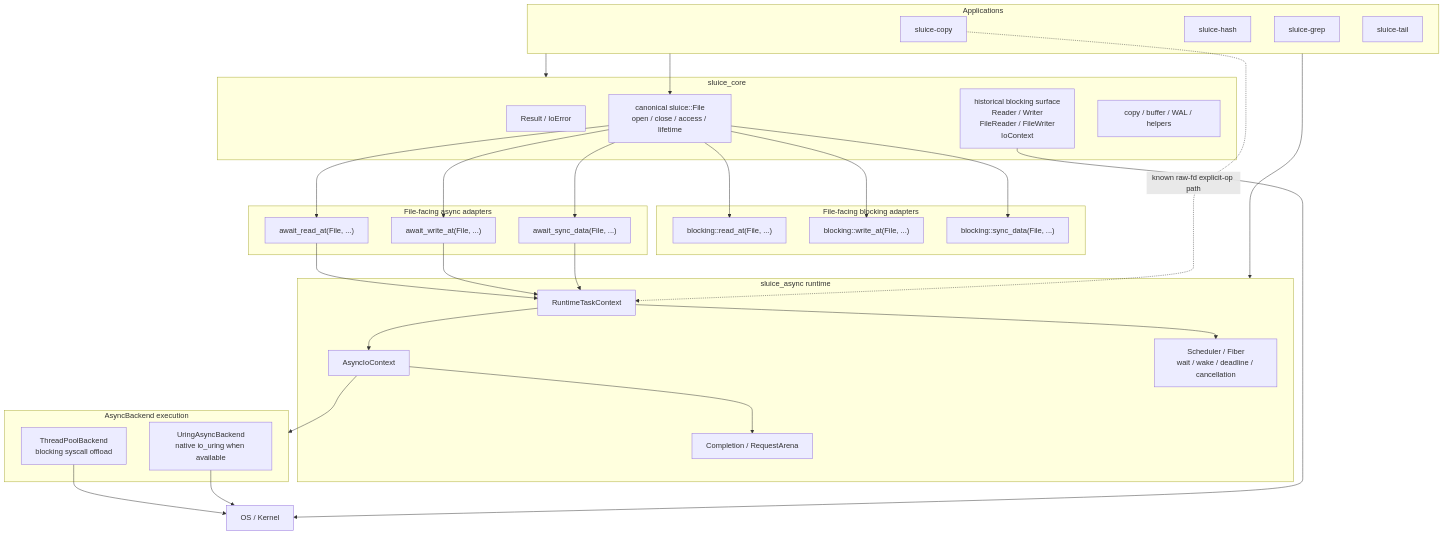
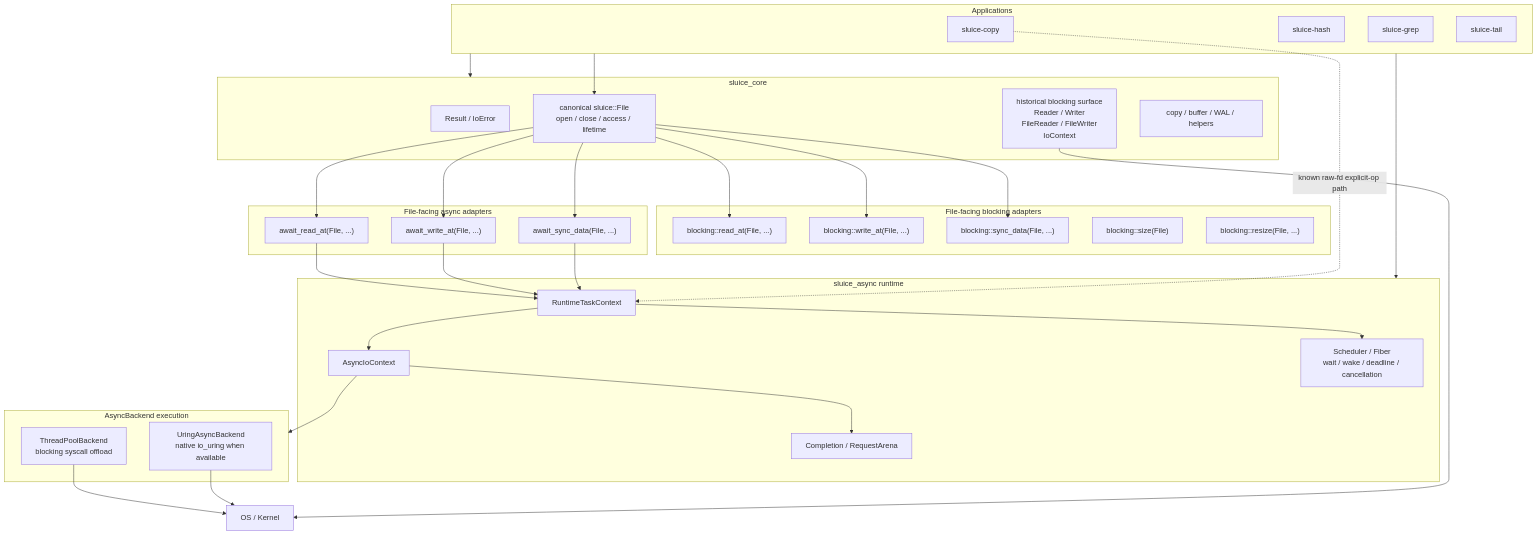
The diagram in docs/architecture.md (jnhu76/Sluice), drawn with Mermaid before and after one commit. The commit also changed other lines of this file and 2 other files, not shown here.

Commit message:
docs: record A3 file-state convergence in roadmap and census

````diff
--- a/docs/architecture.md
+++ b/docs/architecture.md
@@ -50,69 +50,71 @@
 ```mermaid
 flowchart TB
     subgraph APPS["Applications"]
         COPY["sluice-copy"]
         HASH["sluice-hash"]
         GREP["sluice-grep"]
         TAIL["sluice-tail"]
     end
 
     subgraph CORE["sluice_core"]
         RESULT["Result<T> / IoError"]
         FILE["canonical sluice::File<br/>open / close / access / lifetime"]
         LEGACY["historical blocking surface<br/>Reader / Writer<br/>FileReader / FileWriter<br/>IoContext"]
         COMPOSE["copy / buffer / WAL / helpers"]
     end
 
     subgraph BLOCK_API["File-facing blocking adapters"]
         BR["blocking::read_at(File, ...) "]
         BW["blocking::write_at(File, ...) "]
         BS["blocking::sync_data(File, ...) "]
+        BST["blocking::size(File) "]
+        BRS["blocking::resize(File, ...) "]
     end
 
     subgraph ASYNC_API["File-facing async adapters"]
         AR["await_read_at(File, ...) "]
         AW["await_write_at(File, ...) "]
         AS["await_sync_data(File, ...) "]
     end
 
     subgraph RUNTIME["sluice_async runtime"]
         RTC["RuntimeTaskContext"]
         AIO["AsyncIoContext"]
         COMP["Completion<T> / RequestArena"]
         SCHED["Scheduler / Fiber<br/>wait / wake / deadline / cancellation"]
     end
 
     subgraph EXEC["AsyncBackend execution"]
         TP["ThreadPoolBackend<br/>blocking syscall offload"]
         UR["UringAsyncBackend<br/>native io_uring when available"]
     end
 
     OS["OS / Kernel"]
 
     APPS --> CORE
     APPS --> RUNTIME
     APPS --> FILE
 
     FILE --> BR
     FILE --> BW
     FILE --> BS
 
     FILE --> AR
     FILE --> AW
     FILE --> AS
 
     AR --> RTC
     AW --> RTC
     AS --> RTC
 
     RTC --> AIO
     AIO --> COMP
     RTC --> SCHED
     AIO --> EXEC
 
     TP --> OS
     UR --> OS
     LEGACY --> OS
 
     COPY -. "known raw-fd explicit-op path" .-> RTC
 ```
````
